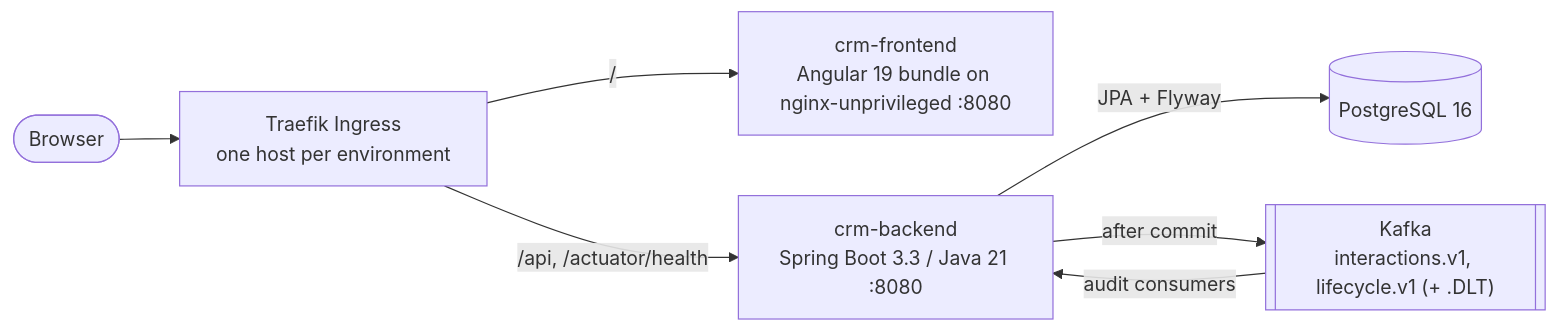
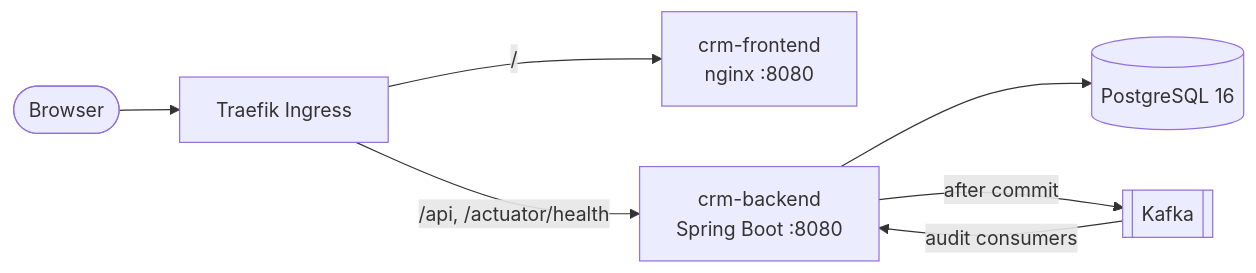
The diagram in docs/architecture/container.md (WillCraig/CapstoneProjectBoot), drawn with Mermaid before and after one commit. The commit also changed other lines of this file and 18 other files, not shown here.

````diff
--- a/docs/architecture/container.md
+++ b/docs/architecture/container.md
@@ -5,9 +5,9 @@
 ```mermaid
 flowchart LR
-  B(["Browser"]) --> I["Traefik Ingress<br/>one host per environment"]
-  I -->|"/"| SPA["crm-frontend<br/>Angular 19 bundle on nginx-unprivileged :8080"]
-  I -->|"/api, /actuator/health"| API["crm-backend<br/>Spring Boot 3.3 / Java 21 :8080"]
-  API -->|"JPA + Flyway"| PG[("PostgreSQL 16")]
-  API -->|"after commit"| K[["Kafka<br/>interactions.v1, lifecycle.v1 (+ .DLT)"]]
+  B(["Browser"]) --> I["Traefik Ingress"]
+  I -->|"/"| SPA["crm-frontend<br/>nginx :8080"]
+  I -->|"/api, /actuator/health"| API["crm-backend<br/>Spring Boot :8080"]
+  API --> PG[("PostgreSQL 16")]
+  API -->|"after commit"| K[["Kafka"]]
   K -->|"audit consumers"| API
 ```
````
